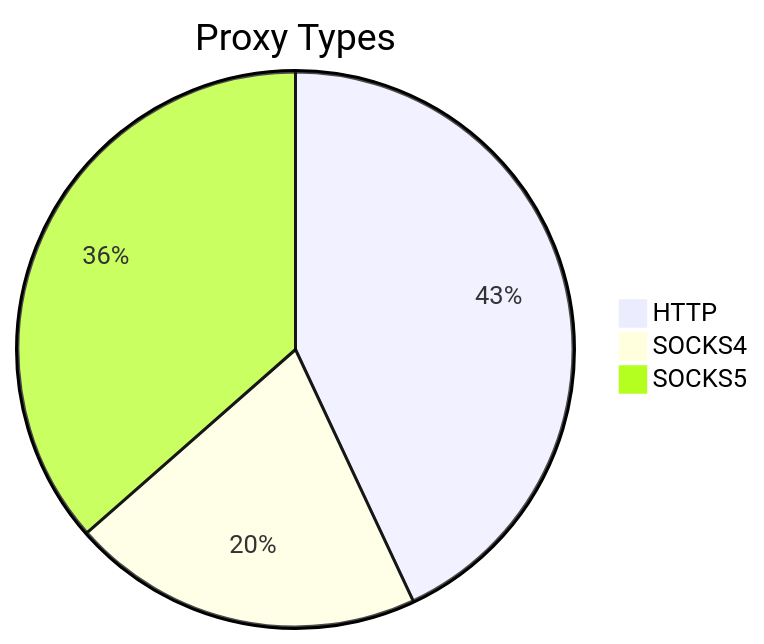
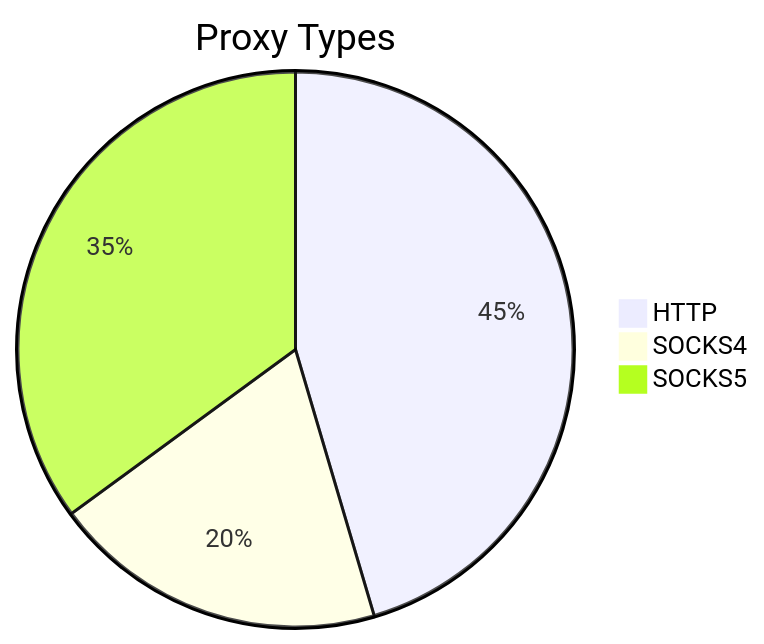
The first of 2 diagrams in README.md (stormsia/proxy-list), drawn with Mermaid before and after one commit. The commit also changed other lines of this file, not shown here.

````diff
--- a/README.md
+++ b/README.md
@@ -21,6 +21,6 @@
 ```mermaid
 pie title Proxy Types
-    "HTTP" : 210
-    "SOCKS4" : 100
-    "SOCKS5" : 178
+    "HTTP" : 149
+    "SOCKS4" : 64
+    "SOCKS5" : 115
 ```
````
